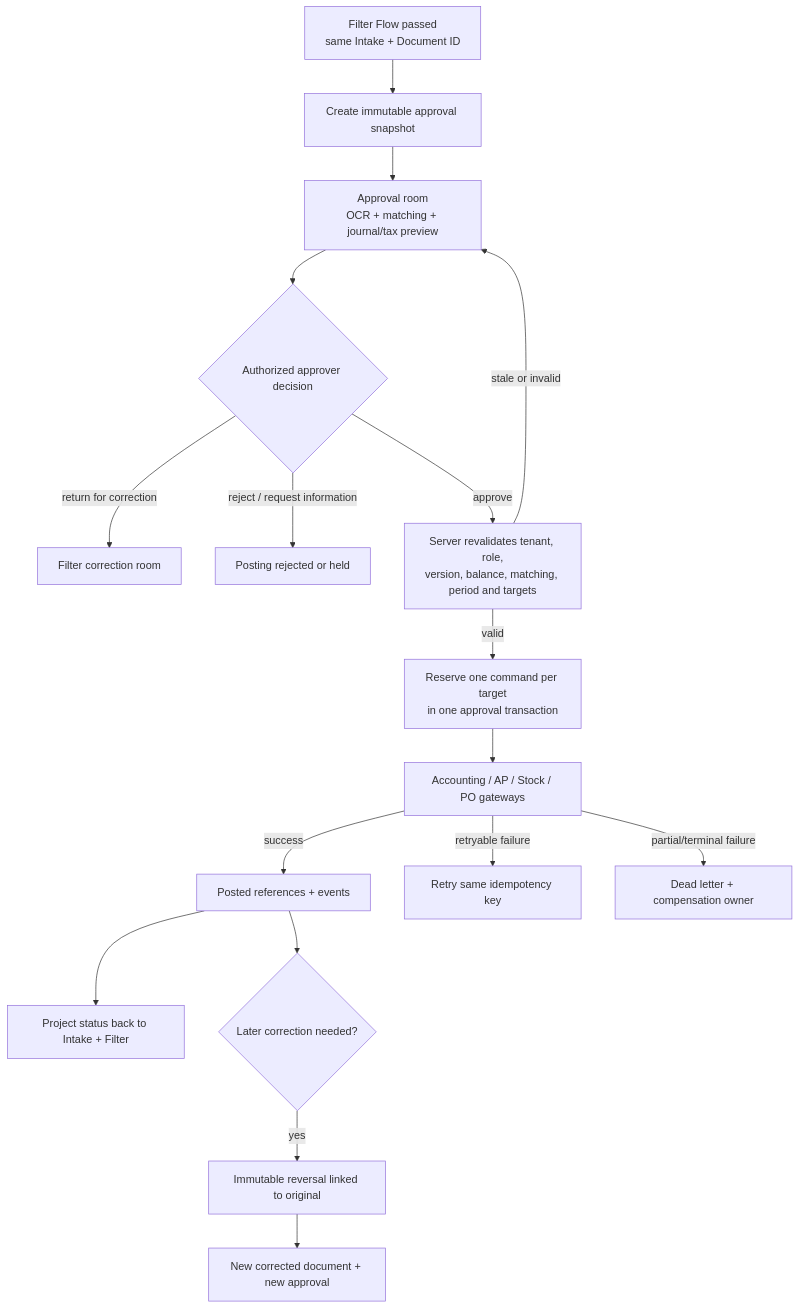
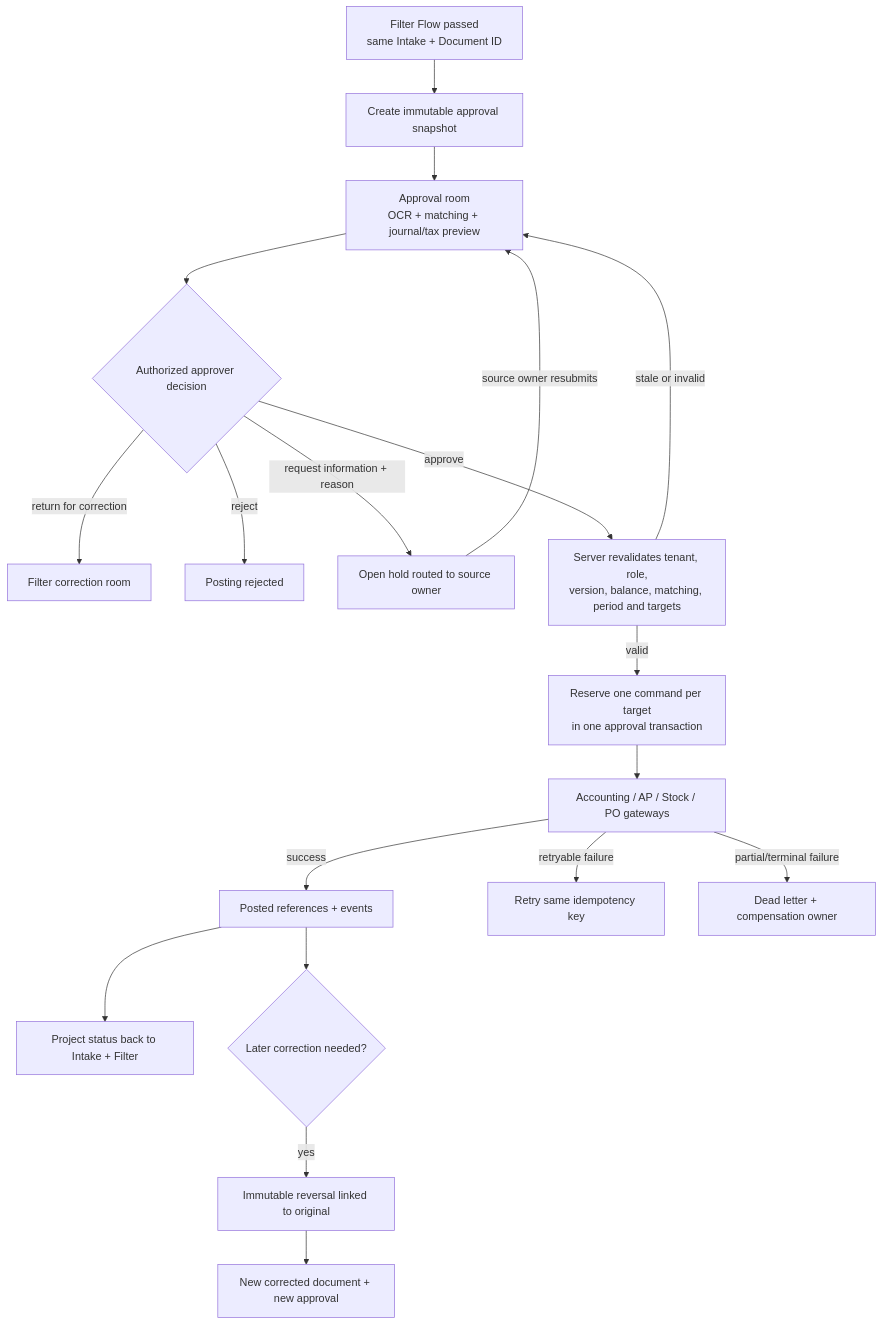
The diagram in docs/POSTING_APPROVAL_TRANSACTION_CONTRACT.md (paramonjong-afk/WisdomAI), drawn with Mermaid before and after one commit. The commit also changed other lines of this file and 10 other files, not shown here.

Commit message:
implement posting approval preview and information hold

````diff
--- a/docs/POSTING_APPROVAL_TRANSACTION_CONTRACT.md
+++ b/docs/POSTING_APPROVAL_TRANSACTION_CONTRACT.md
@@ -1,19 +1,21 @@
 ```mermaid
 flowchart TD
   A[Filter Flow passed<br/>same Intake + Document ID] --> B[Create immutable approval snapshot]
   B --> C[Approval room<br/>OCR + matching + journal/tax preview]
   C --> D{Authorized approver decision}
   D -->|return for correction| E[Filter correction room]
-  D -->|reject / request information| F[Posting rejected or held]
+  D -->|reject| F[Posting rejected]
+  D -->|request information + reason| Q[Open hold routed to source owner]
+  Q -->|source owner resubmits| C
   D -->|approve| G[Server revalidates tenant, role,<br/>version, balance, matching, period and targets]
   G -->|stale or invalid| C
   G -->|valid| H[Reserve one command per target<br/>in one approval transaction]
   H --> I[Accounting / AP / Stock / PO gateways]
   I -->|success| J[Posted references + events]
   I -->|retryable failure| K[Retry same idempotency key]
   I -->|partial/terminal failure| L[Dead letter + compensation owner]
   J --> M[Project status back to Intake + Filter]
   J --> N{Later correction needed?}
   N -->|yes| O[Immutable reversal linked to original]
   O --> P[New corrected document + new approval]
 ```
````
